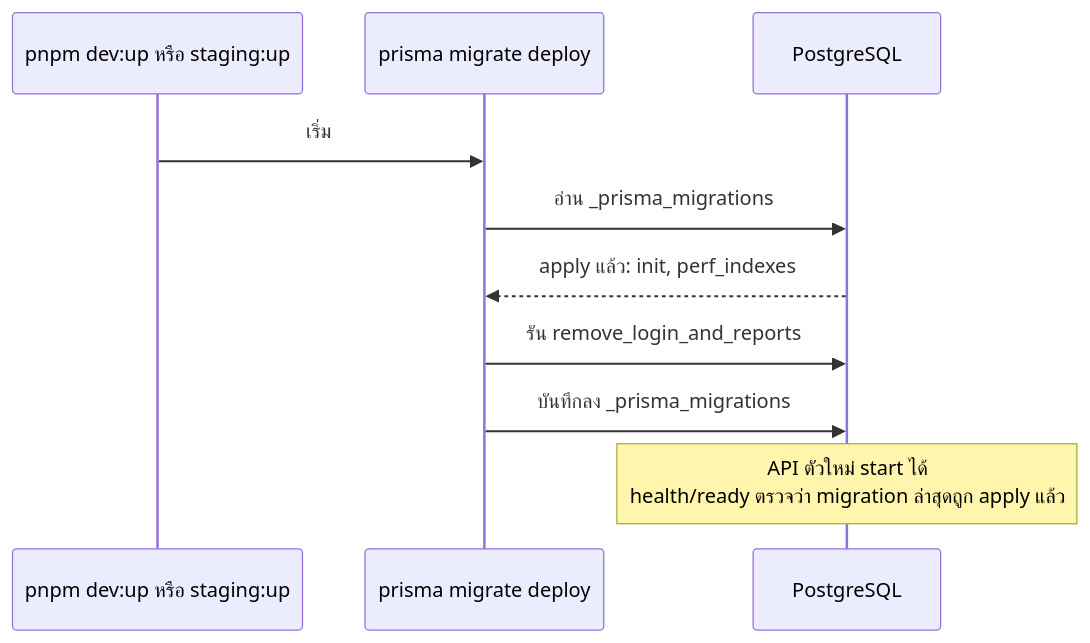
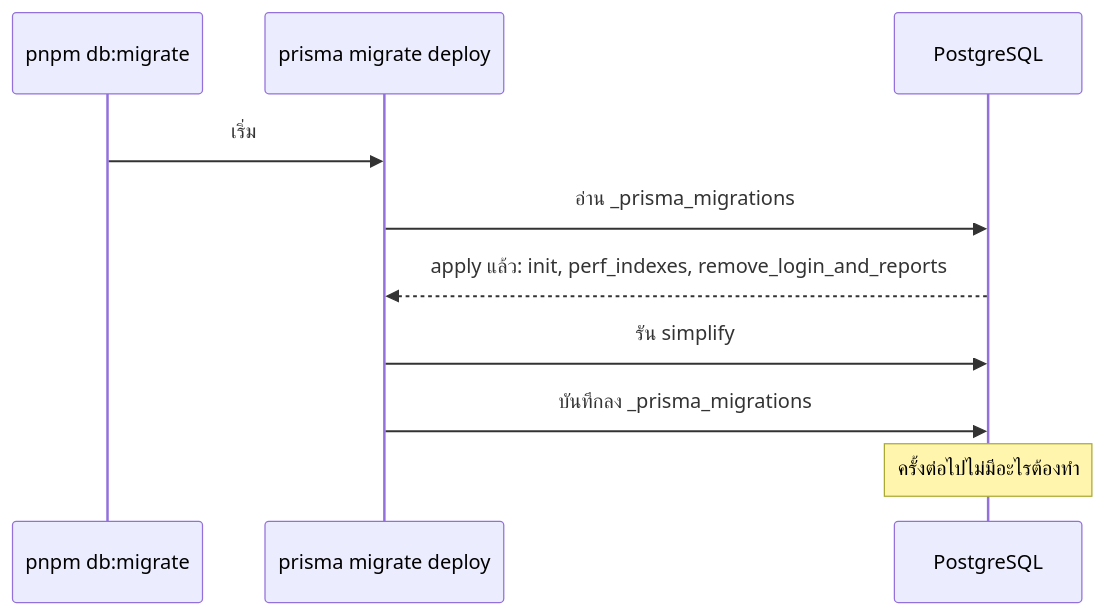
The third of 3 diagrams in docs/learn/03-database-prisma.md (sittipong-hemloun/helius-tech-test), drawn with Mermaid before and after one commit. The commit also changed other lines of this file and 180 other files, not shown here.

````diff
--- a/docs/learn/03-database-prisma.md
+++ b/docs/learn/03-database-prisma.md
@@ -86,12 +73,12 @@
 ```mermaid
 sequenceDiagram
-    participant CMD as pnpm dev:up หรือ staging:up
+    participant CMD as pnpm db:migrate
     participant P as prisma migrate deploy
     participant DB as PostgreSQL
     CMD->>P: เริ่ม
     P->>DB: อ่าน _prisma_migrations
-    DB-->>P: apply แล้ว: init, perf_indexes
-    P->>DB: รัน remove_login_and_reports
+    DB-->>P: apply แล้ว: init, perf_indexes, remove_login_and_reports
+    P->>DB: รัน simplify
     P->>DB: บันทึกลง _prisma_migrations
-    Note over DB: API ตัวใหม่ start ได้<br/>health/ready ตรวจว่า migration ล่าสุดถูก apply แล้ว
+    Note over DB: ครั้งต่อไปไม่มีอะไรต้องทำ
 ```
````
